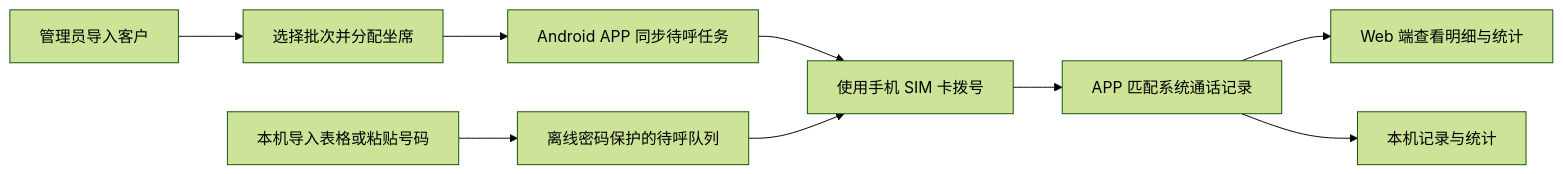
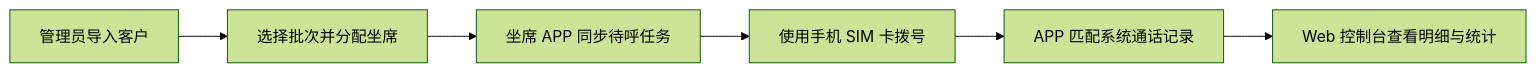
The first of 2 diagrams in README.md (Houtx/Project-Call-Center), drawn with Mermaid (forest theme) before and after one commit. The commit also changed other lines of this file and 8 other files, not shown here.

Commit message:
docs: add Web and Android interface previews

````diff
--- a/README.md
+++ b/README.md
@@ -39,11 +22,8 @@
 ```mermaid
 flowchart LR
     A["管理员导入客户"] --> B["选择批次并分配坐席"]
-    B --> C["Android APP 同步待呼任务"]
+    B --> C["坐席 APP 同步待呼任务"]
     C --> D["使用手机 SIM 卡拨号"]
     D --> E["APP 匹配系统通话记录"]
-    E --> F["Web 端查看明细与统计"]
-    G["本机导入表格或粘贴号码"] --> H["离线密码保护的待呼队列"]
-    H --> D
-    E --> I["本机记录与统计"]
+    E --> F["Web 控制台查看明细与统计"]
 ```
````
